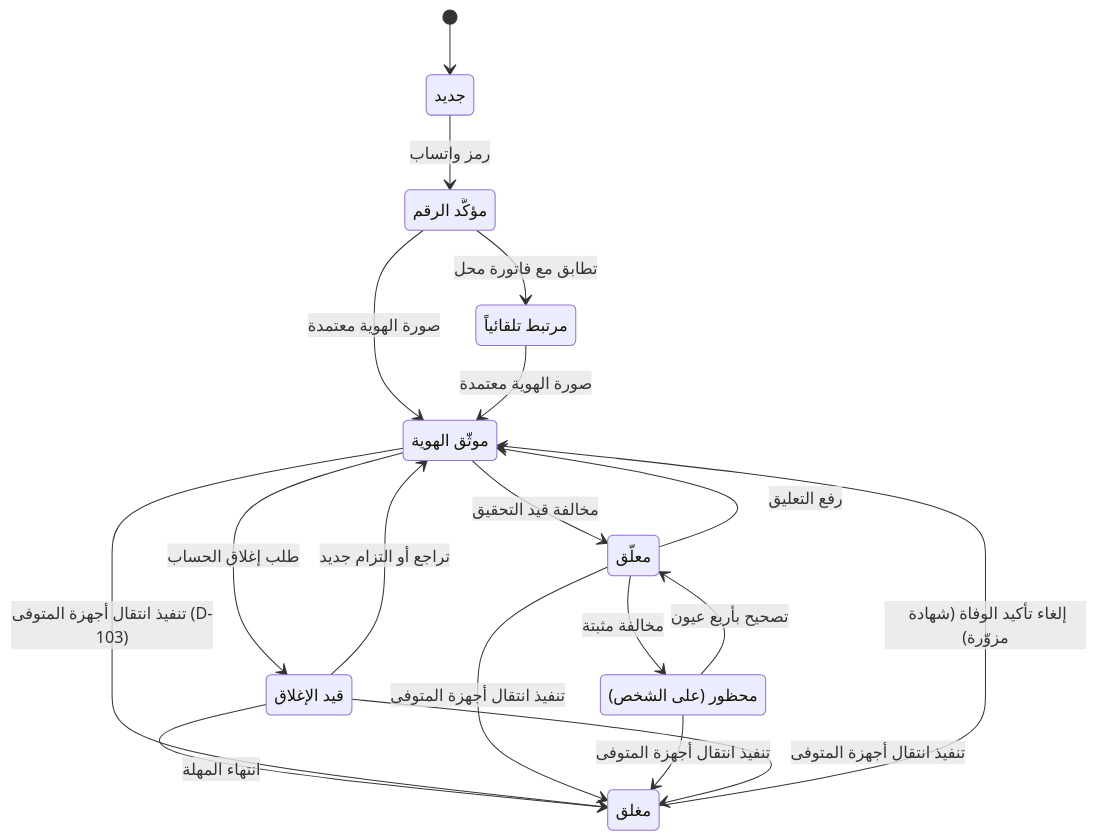
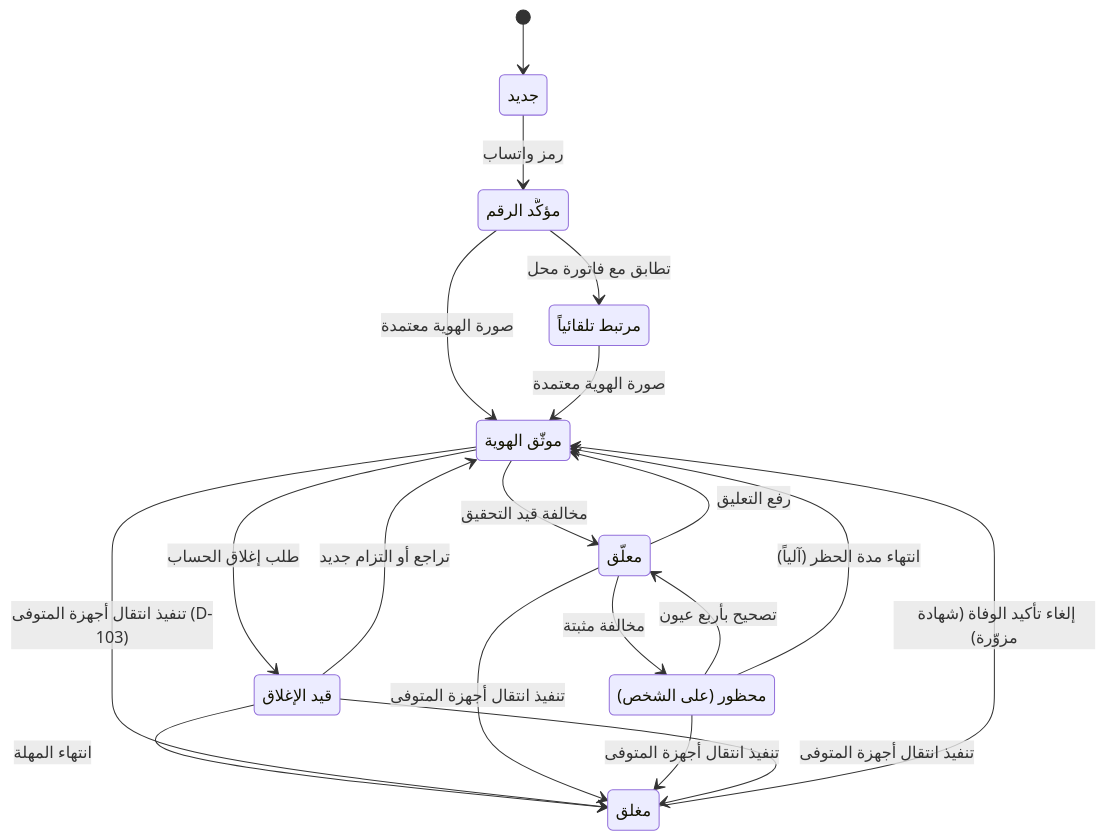
The fifth of 11 diagrams in docs/14-operational-lifecycle.md (servacode/imei), drawn with Mermaid before and after one commit. The commit also changed other lines of this file and 16 other files, not shown here.

````diff
--- a/docs/14-operational-lifecycle.md
+++ b/docs/14-operational-lifecycle.md
@@ -191,28 +191,29 @@
 ```mermaid
 stateDiagram-v2
     state "جديد" as New
     state "مؤكَّد الرقم" as Phone
     state "مرتبط تلقائياً" as Linked
     state "موثّق الهوية" as Verified
     state "معلّق" as Suspended
     state "محظور (على الشخص)" as Banned
     state "قيد الإغلاق" as Closing
     state "مغلق" as Closed
     [*] --> New
     New --> Phone: رمز واتساب
     Phone --> Linked: تطابق مع فاتورة محل
     Phone --> Verified: صورة الهوية معتمدة
     Linked --> Verified: صورة الهوية معتمدة
     Verified --> Suspended: مخالفة قيد التحقيق
     Suspended --> Verified: رفع التعليق
     Suspended --> Banned: مخالفة مثبتة
     Banned --> Suspended: تصحيح بأربع عيون
+    Banned --> Verified: انتهاء مدة الحظر (آلياً)
     Verified --> Closing: طلب إغلاق الحساب
     Closing --> Verified: تراجع أو التزام جديد
     Closing --> Closed: انتهاء المهلة
     Verified --> Closed: تنفيذ انتقال أجهزة المتوفى (D-103)
     Suspended --> Closed: تنفيذ انتقال أجهزة المتوفى
     Banned --> Closed: تنفيذ انتقال أجهزة المتوفى
     Closing --> Closed: تنفيذ انتقال أجهزة المتوفى
     Closed --> Verified: إلغاء تأكيد الوفاة (شهادة مزوّرة)
 ```
````
